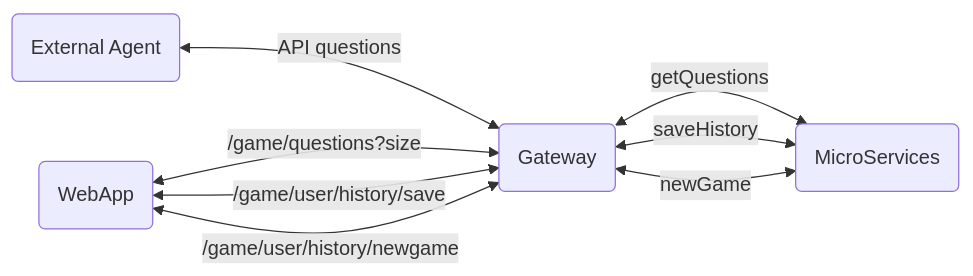
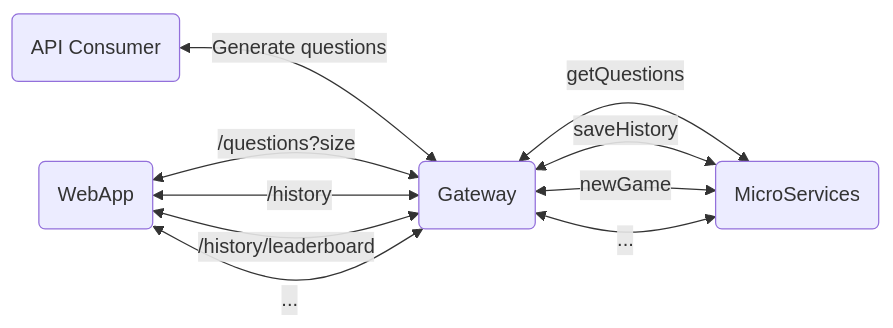
Before and after one commit to Arquisoft/wiq_en3b: the first of 3 diagrams in docs/src/08_concepts.adoc, drawn with Mermaid. The commit also changed other lines of this file and 2 other files, not shown here.

```diff
--- a/docs/src/08_concepts.adoc
+++ b/docs/src/08_concepts.adoc
@@ -65,15 +214,17 @@
 [mermaid]
 ....
 flowchart LR
-    ex("External Agent")
+    ex("API Consumer")
     wa("WebApp")
     g("Gateway")
     m("MicroServices")
-    ex<--API questions-->g
-    wa<--"/game/questions?size"-->g
-    wa<--"/game/user/history/save"-->g
-    wa<--"/game/user/history/newgame"-->g
+    ex<--Generate questions-->g
+    wa<--"/questions?size"-->g
+    wa<--"/history"-->g
+    wa<--"/history/leaderboard"-->g
+    wa<--"..."-->g
     g<--"getQuestions"-->m
     g<--"saveHistory"-->m
     g<--"newGame"-->m
+    g<--"..."-->m
 ....
```
